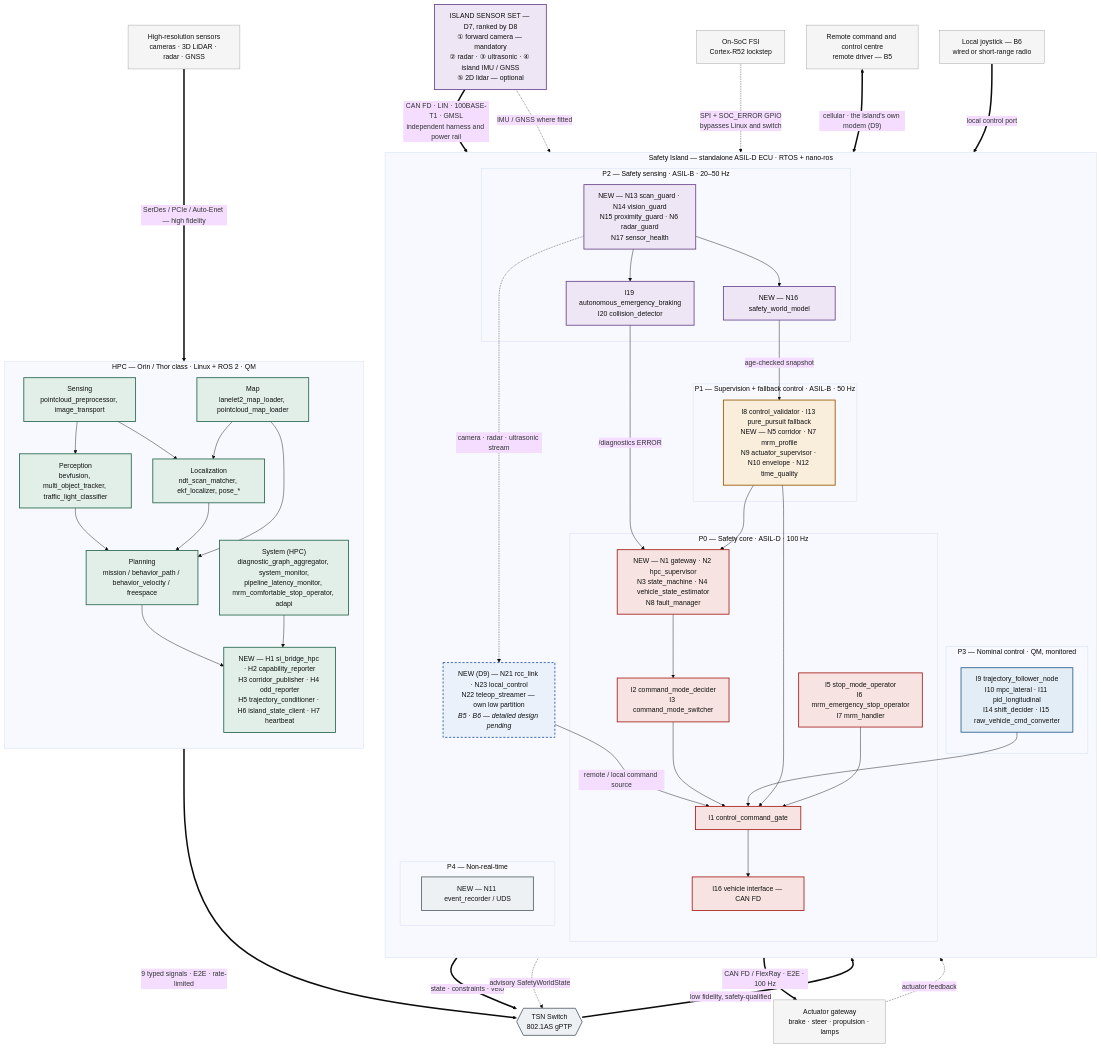
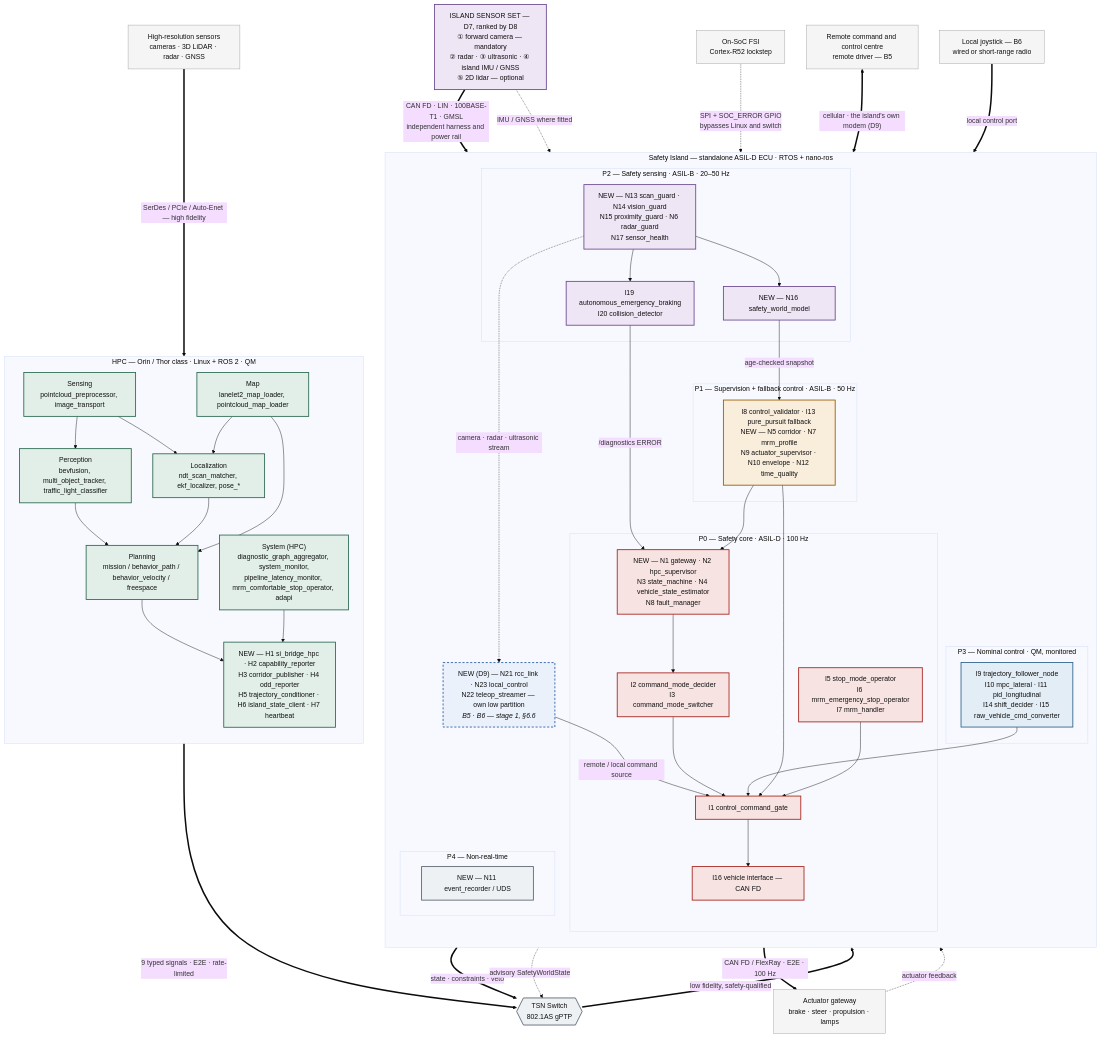
Before and after one commit to autowarefoundation/RFC_L4_SafetyIslandDesign: the ninth of 14 diagrams in docs/L4SafetyIsland_SoftwareDesign_GitHub.md, drawn with Mermaid (base theme). The commit also changed other lines of this file and 1 other file, not shown here.

First line of the commit message:
Count six behaviours where all are meant; drop stale "pending"

```diff
--- a/docs/L4SafetyIsland_SoftwareDesign_GitHub.md
+++ b/docs/L4SafetyIsland_SoftwareDesign_GitHub.md
@@ -2884,7 +2884,7 @@
         subgraph P4["P4 — Non-real-time"]
             REC["NEW — N11 event_recorder / UDS"]
         end
-        RCCL["NEW (D9) — N21 rcc_link · N23 local_control<br/>N22 teleop_streamer — own low partition<br/><i>B5 · B6 — detailed design pending</i>"]
+        RCCL["NEW (D9) — N21 rcc_link · N23 local_control<br/>N22 teleop_streamer — own low partition<br/><i>B5 · B6 — stage 1, §6.6</i>"]
         SENS -.->|"camera · radar · ultrasonic stream"| RCCL
         RCCL -->|"remote / local command source"| GATE
         CORE --> MODE --> GATE
```
